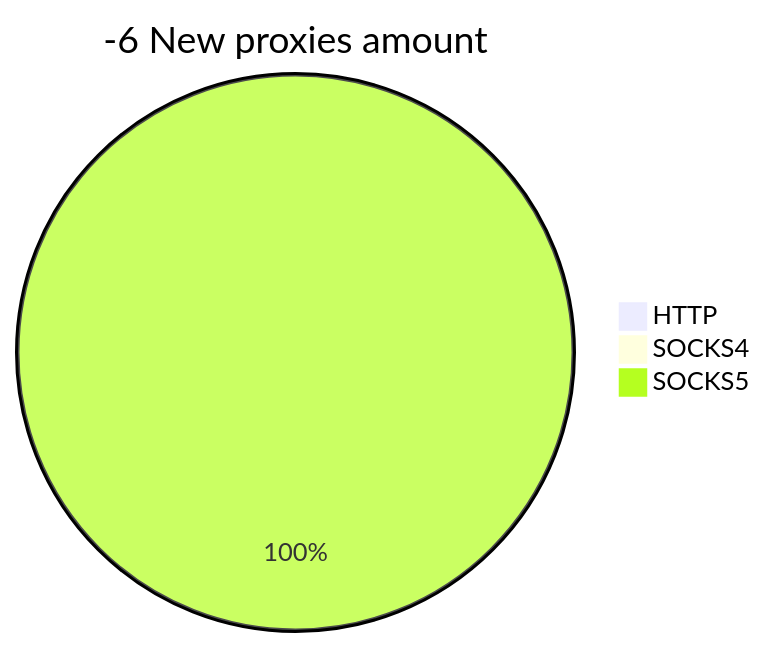
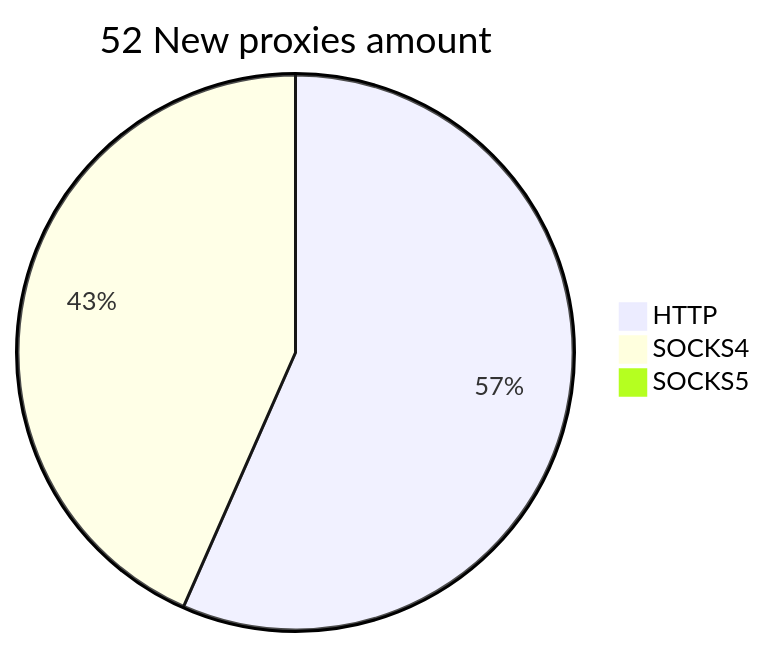
One commit to cutipu/proxylist changed the second of 2 diagrams in README.md. Above: the diagram before and after it, drawn with Mermaid. The commit also changed other lines of this file, not shown here.

````diff
--- a/README.md
+++ b/README.md
@@ -10,6 +10,6 @@
 ```mermaid
-pie title -6 New proxies amount
-    "HTTP" : 0
-    "SOCKS4" : 0
-    "SOCKS5" : 2
+pie title 52 New proxies amount
+    "HTTP" : 30
+    "SOCKS4" : 23
+    "SOCKS5" : 0
 ```
````
